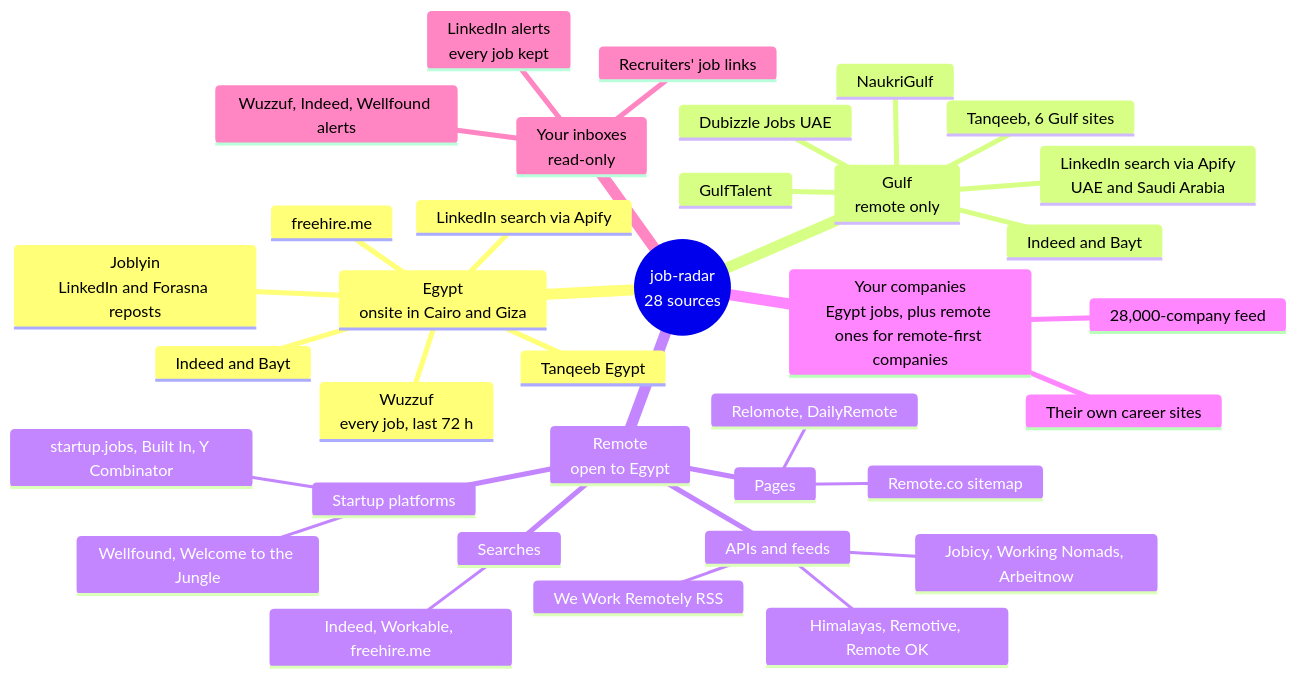
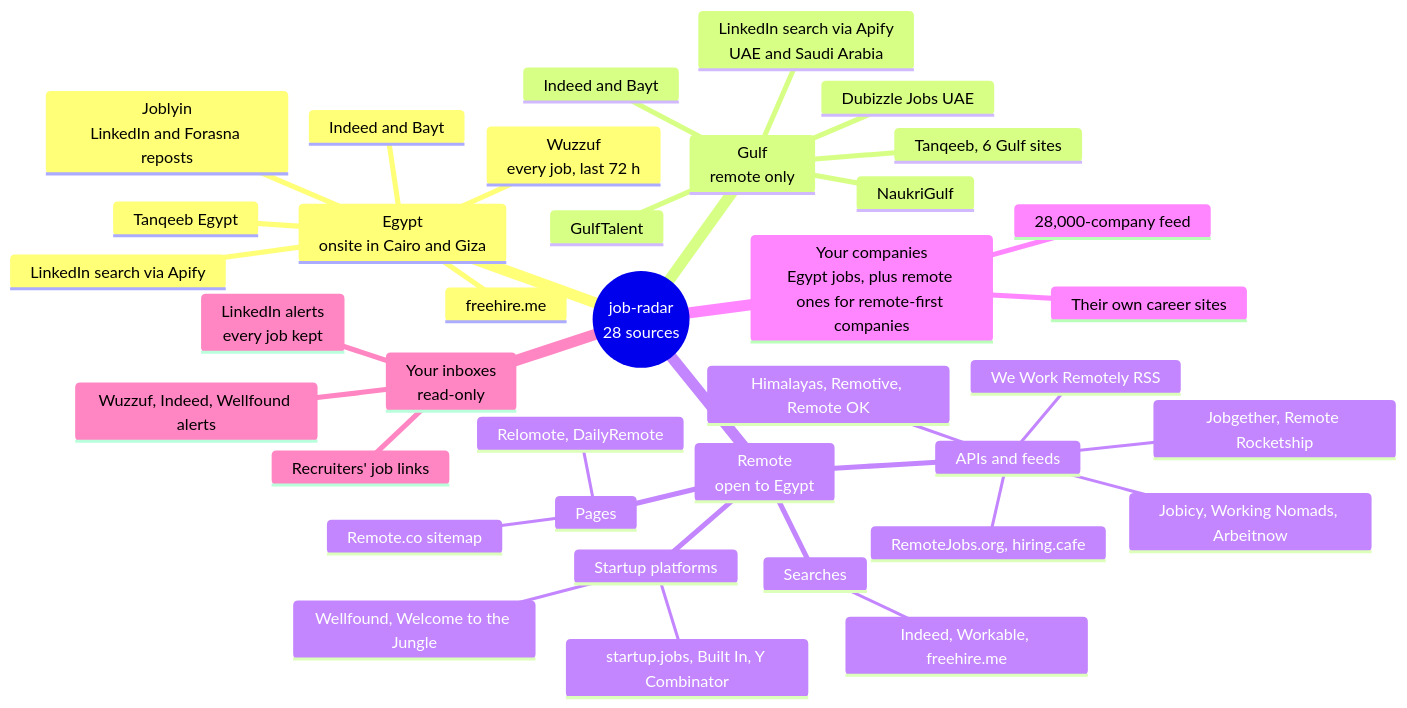
The second of 5 diagrams in docs/architecture.md (omarshalabyy1/job-radar), drawn with Mermaid before and after one commit. The commit also changed 11 other files, not shown here.

Commit message:
Four new sources: hiring.cafe (jobs in Egypt from employers' career sites), Jobgether and Remote Rocketship (remote jobs open to Egypt), RemoteJobs.org (public API); the rest of Omar's list checked site by site (STATE)

````diff
--- a/docs/architecture.md
+++ b/docs/architecture.md
@@ -47,40 +47,42 @@
 ```mermaid
 %% mindmap: where every job comes from, grouped by Omar's place rule
 %% Egypt (onsite or hybrid in Cairo and Giza) | Gulf (remote only) | Remote (open to Egypt) | your companies | your inboxes
 mindmap
   root((job-radar<br>28 sources))
     Egypt<br>onsite in Cairo and Giza
       Wuzzuf<br>every job, last 72 h
       Tanqeeb Egypt
       Joblyin<br>LinkedIn and Forasna reposts
       Indeed and Bayt
       freehire.me
       LinkedIn search via Apify
     Gulf<br>remote only
       NaukriGulf
       GulfTalent
       Dubizzle Jobs UAE
       Tanqeeb, 6 Gulf sites
       Indeed and Bayt
       LinkedIn search via Apify<br>UAE and Saudi Arabia
     Remote<br>open to Egypt
       APIs and feeds
         Himalayas, Remotive, Remote OK
         Jobicy, Working Nomads, Arbeitnow
+        RemoteJobs.org, hiring.cafe
+        Jobgether, Remote Rocketship
         We Work Remotely RSS
       Pages
         Relomote, DailyRemote
         Remote.co sitemap
       Searches
         Indeed, Workable, freehire.me
       Startup platforms
         Wellfound, Welcome to the Jungle
         startup.jobs, Built In, Y Combinator
     Your companies<br>Egypt jobs, plus remote ones for remote-first companies
       Their own career sites
       28,000-company feed
     Your inboxes<br>read-only
       LinkedIn alerts<br>every job kept
       Wuzzuf, Indeed, Wellfound alerts
       Recruiters' job links
 ```
````
